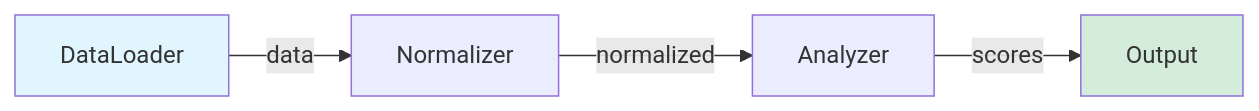
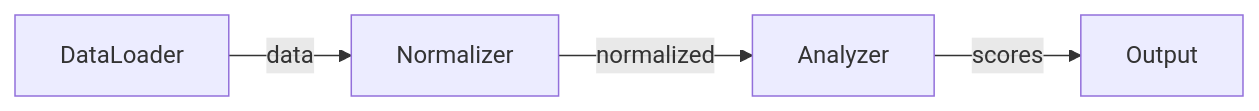
Before and after one commit to cubert-hyperspectral/cuvis-ai: the second of 6 diagrams in docs/concepts/port.md, drawn with Mermaid. The commit also changed other lines of this file and 18 other files, not shown here.

First line of the commit message:
docs(theme): use classDef for Mermaid styling and tighten cross-page copy

````diff
--- a/docs/concepts/port.md
+++ b/docs/concepts/port.md
@@ -241,8 +242,6 @@
 ```mermaid
 graph LR
     A[DataLoader] -->|data| B[Normalizer]
     B -->|normalized| C[Analyzer]
     C -->|scores| D[Output]
-    style A fill:#e1f5ff
-    style D fill:#d4edda
 ```
````
